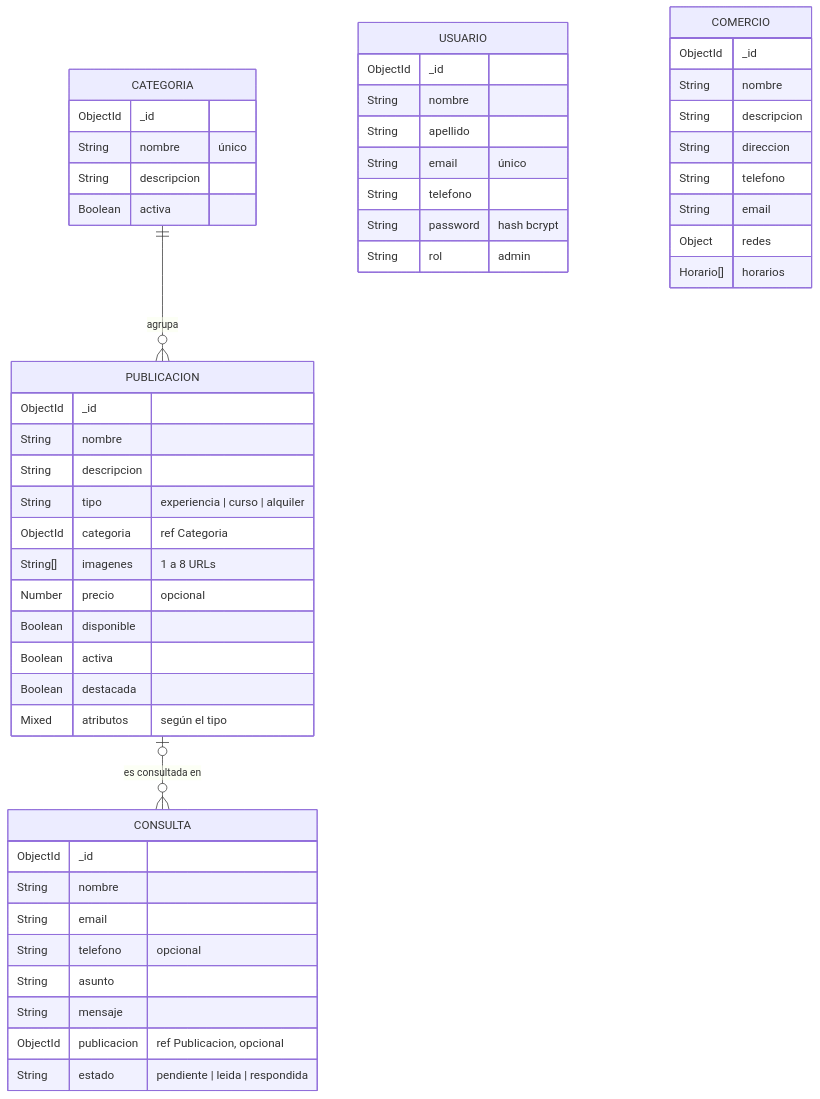
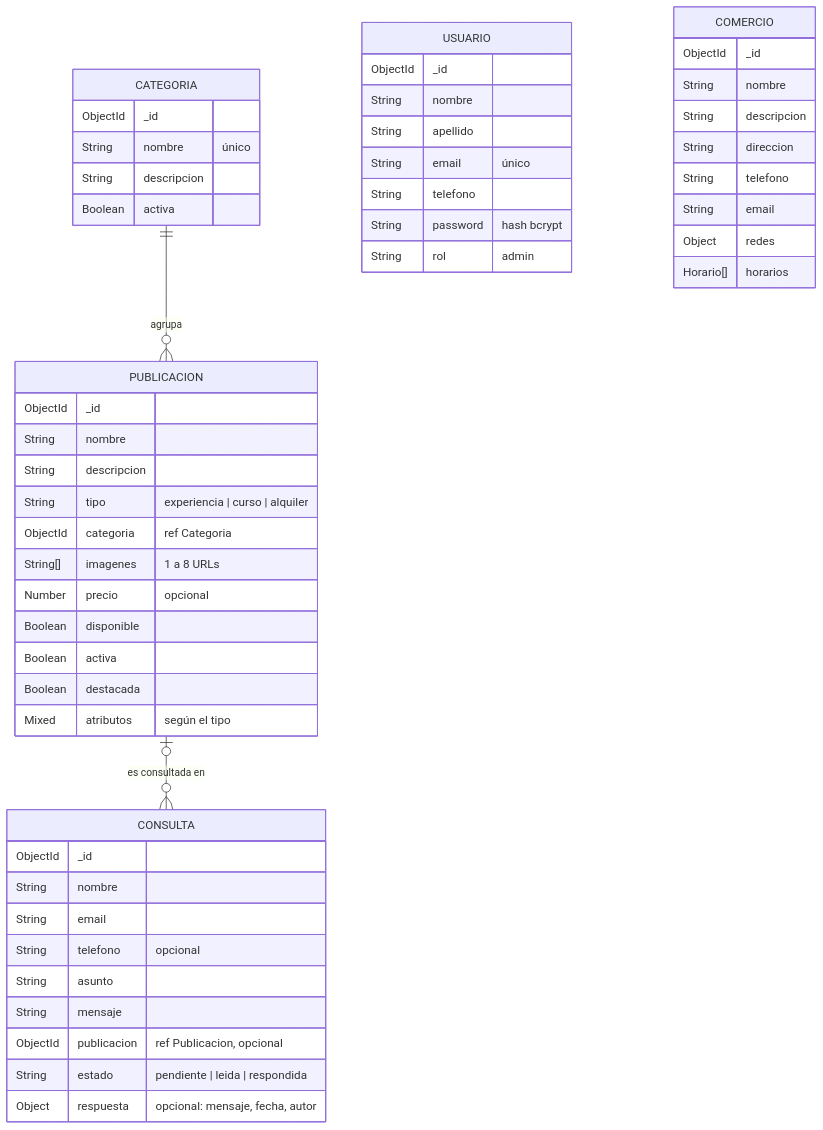
One commit to vvacchi/aplicaciones-interactivas changed the diagram in docs/modelo-de-datos.md. Above: the diagram before and after it, drawn with Mermaid. The commit also changed other lines of this file and 9 other files, not shown here.

````diff
--- a/docs/modelo-de-datos.md
+++ b/docs/modelo-de-datos.md
@@ -9,54 +9,55 @@
 ```mermaid
 erDiagram
     CATEGORIA ||--o{ PUBLICACION : "agrupa"
     PUBLICACION |o--o{ CONSULTA : "es consultada en"
 
     CATEGORIA {
         ObjectId _id
         String nombre "único"
         String descripcion
         Boolean activa
     }
     PUBLICACION {
         ObjectId _id
         String nombre
         String descripcion
         String tipo "experiencia | curso | alquiler"
         ObjectId categoria "ref Categoria"
         String[] imagenes "1 a 8 URLs"
         Number precio "opcional"
         Boolean disponible
         Boolean activa
         Boolean destacada
         Mixed atributos "según el tipo"
     }
     CONSULTA {
         ObjectId _id
         String nombre
         String email
         String telefono "opcional"
         String asunto
         String mensaje
         ObjectId publicacion "ref Publicacion, opcional"
         String estado "pendiente | leida | respondida"
+        Object respuesta "opcional: mensaje, fecha, autor"
     }
     USUARIO {
         ObjectId _id
         String nombre
         String apellido
         String email "único"
         String telefono
         String password "hash bcrypt"
         String rol "admin"
     }
     COMERCIO {
         ObjectId _id
         String nombre
         String descripcion
         String direccion
         String telefono
         String email
         Object redes
         Horario[] horarios
     }
 ```
````
